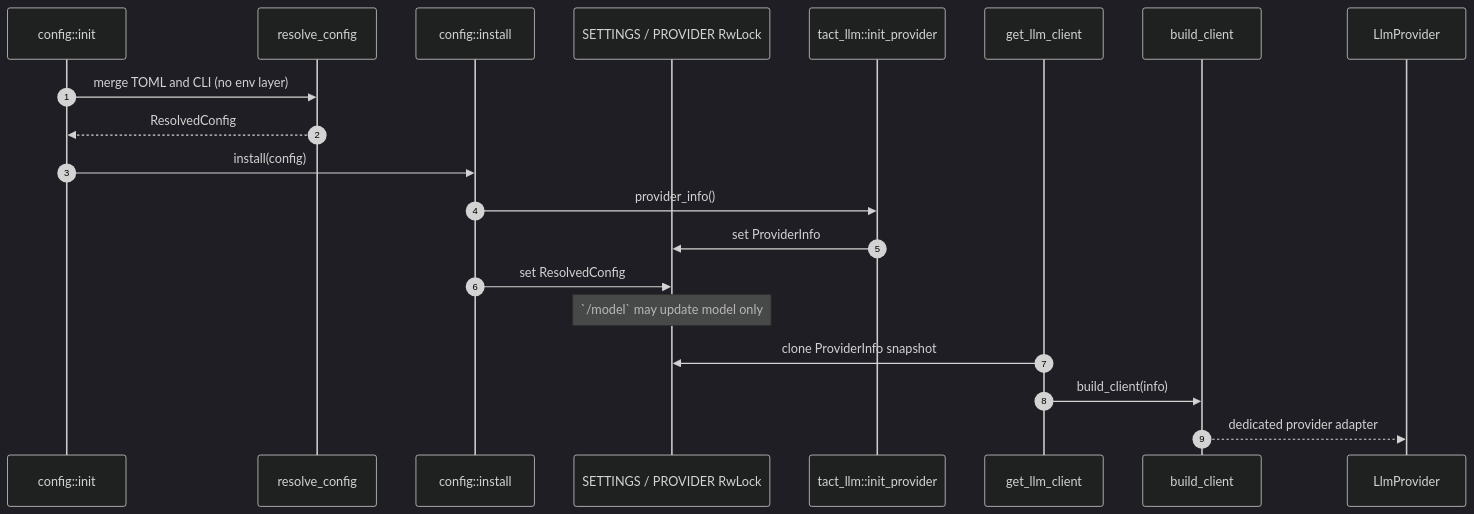
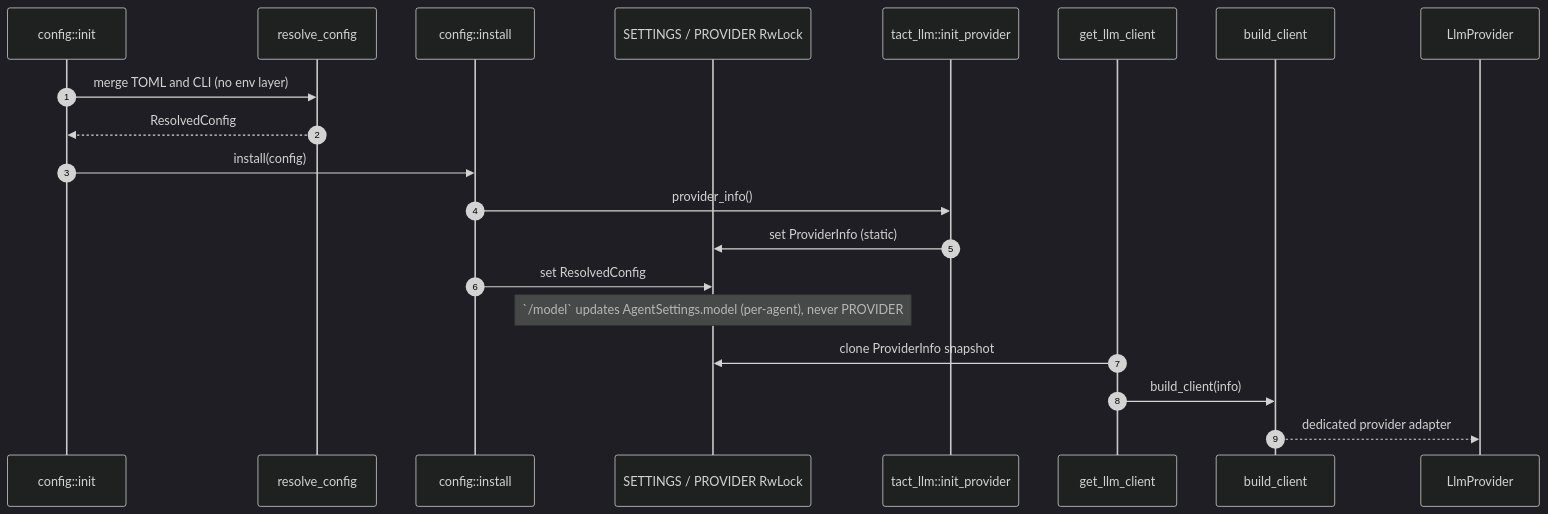
One commit to rust-infra/tact changed the second of 5 diagrams in book/22_chapter_llm.md. Above: the diagram before and after it, drawn with Mermaid (dark theme). The commit also changed other lines of this file and 46 other files, not shown here.

````diff
--- a/book/22_chapter_llm.md
+++ b/book/22_chapter_llm.md
@@ -96,23 +100,23 @@
 ```mermaid
 sequenceDiagram
     autonumber
     participant Init as config::init
     participant Resolve as resolve_config
     participant Install as config::install
     participant State as SETTINGS / PROVIDER RwLock
     participant LlmInit as tact_llm::init_provider
     participant Get as get_llm_client
     participant Build as build_client
     participant Provider as LlmProvider
 
     Init->>Resolve: merge TOML and CLI (no env layer)
     Resolve-->>Init: ResolvedConfig
     Init->>Install: install(config)
     Install->>LlmInit: provider_info()
-    LlmInit->>State: set ProviderInfo
+    LlmInit->>State: set ProviderInfo (static)
     Install->>State: set ResolvedConfig
-    Note over State: `/model` may update model only
+    Note over State: `/model` updates AgentSettings.model (per-agent), never PROVIDER
     Get->>State: clone ProviderInfo snapshot
     Get->>Build: build_client(info)
     Build-->>Provider: dedicated provider adapter
 ```
````
